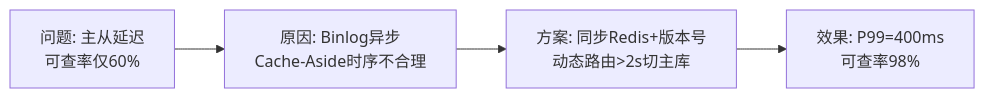
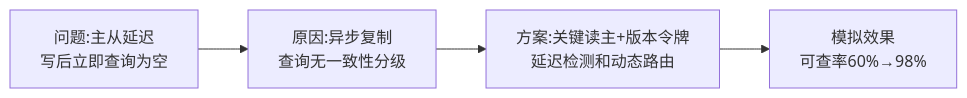
The second of 3 diagrams in 02-论文专题/0001-软件架构风格/00-大纲记忆卡.md (EdgarLQS/SoftwareArchitectureExamGuide), drawn with Mermaid before and after one commit. The commit also changed other lines of this file, not shown here.

Commit message:
fix(essay): correct architecture style cache and consistency guidance

````diff
--- a/02-论文专题/0001-软件架构风格/00-大纲记忆卡.md
+++ b/02-论文专题/0001-软件架构风格/00-大纲记忆卡.md
@@ -59,6 +109,6 @@
 ```mermaid
 flowchart LR
-    A["问题: 主从延迟<br/>可查率仅60%"] --> B["原因: Binlog异步<br/>Cache-Aside时序不合理"]
-    B --> C["方案: 同步Redis+版本号<br/>动态路由>2s切主库"]
-    C --> D["效果: P99=400ms<br/>可查率98%"]
+    A["问题:主从延迟<br/>写后立即查询为空"] --> B["原因:异步复制<br/>查询无一致性分级"]
+    B --> C["方案:关键读主+版本令牌<br/>延迟检测和动态路由"]
+    C --> D["模拟效果<br/>可查率60%→98%"]
 ```
````
